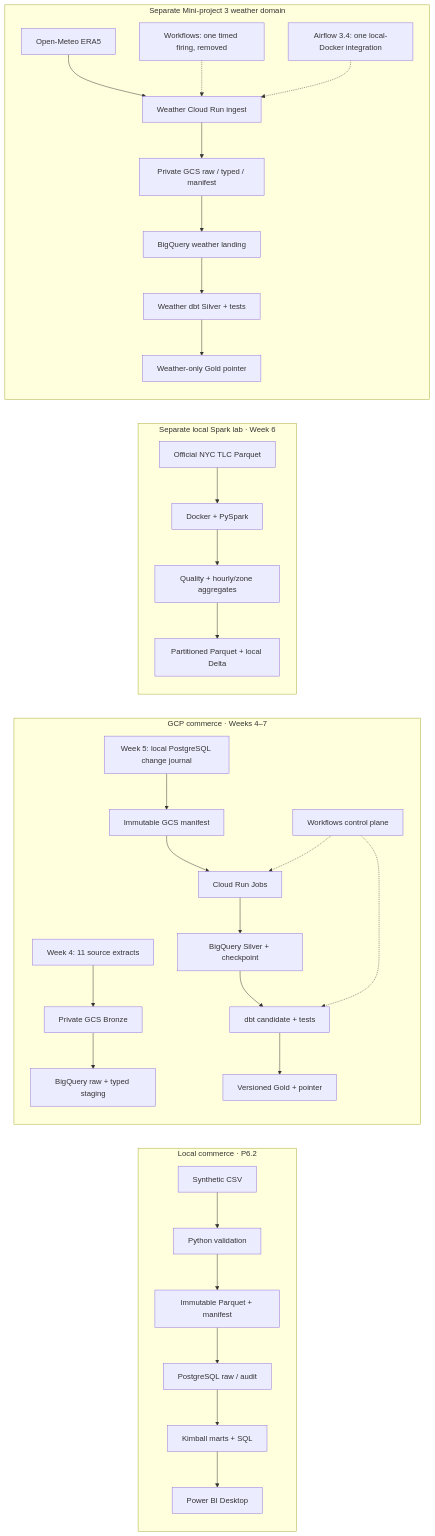
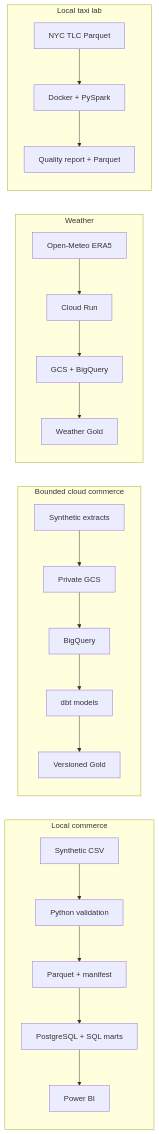
The diagram in README.md (Dat071104/dataforge-commerce-platform), drawn with Mermaid before and after one commit. The commit also changed other lines of this file, not shown here.

```diff
--- a/README.md
+++ b/README.md
@@ -26,33 +9,15 @@
 ~~~mermaid
 flowchart LR
-  subgraph Local["Local commerce · P6.2"]
-    A["Synthetic CSV"] --> B["Python validation"]
-    B --> C["Immutable Parquet + manifest"]
-    C --> D["PostgreSQL raw / audit"]
-    D --> E["Kimball marts + SQL"]
-    E --> F["Power BI Desktop"]
+  subgraph Commerce["Local commerce"]
+    A["Synthetic CSV"] --> B["Python validation"] --> C["Parquet + manifest"] --> D["PostgreSQL + SQL marts"] --> E["Power BI"]
   end
-
-  subgraph GCP["GCP commerce · Weeks 4–7"]
-    W4A["Week 4: 11 source extracts"] --> W4B["Private GCS Bronze"] --> W4C["BigQuery raw + typed staging"]
-    W5A["Week 5: local PostgreSQL change journal"] --> W5B["Immutable GCS manifest"] --> W5C["Cloud Run Jobs"] --> W5D["BigQuery Silver + checkpoint"] --> W5E["dbt candidate + tests"] --> W5F["Versioned Gold + pointer"]
-    WF["Workflows control plane"] -.-> W5C
-    WF -.-> W5E
+  subgraph Cloud["Bounded cloud commerce"]
+    F["Synthetic extracts"] --> G["Private GCS"] --> H["BigQuery"] --> I["dbt models"] --> J["Versioned Gold"]
   end
-
-  subgraph Spark["Separate local Spark lab · Week 6"]
-    S1["Official NYC TLC Parquet"] --> S2["Docker + PySpark"]
-    S2 --> S3["Quality + hourly/zone aggregates"]
-    S3 --> S4["Partitioned Parquet + local Delta"]
+  subgraph Weather["Weather"]
+    K["Open-Meteo ERA5"] --> L["Cloud Run"] --> M["GCS + BigQuery"] --> N["Weather Gold"]
   end
-
-  subgraph Weather["Separate Mini-project 3 weather domain"]
-    M1["Open-Meteo ERA5"] --> M2["Weather Cloud Run ingest"]
-    M2 --> M3["Private GCS raw / typed / manifest"]
-    M3 --> M4["BigQuery weather landing"]
-    M4 --> M5["Weather dbt Silver + tests"]
-    M5 --> M6["Weather-only Gold pointer"]
-    M7["Workflows: one timed firing, removed"] -.-> M2
-    M8["Airflow 3.4: one local-Docker integration"] -.-> M2
+  subgraph Taxi["Local taxi lab"]
+    O["NYC TLC Parquet"] --> P["Docker + PySpark"] --> Q["Quality report + Parquet"]
   end
 ~~~
```
